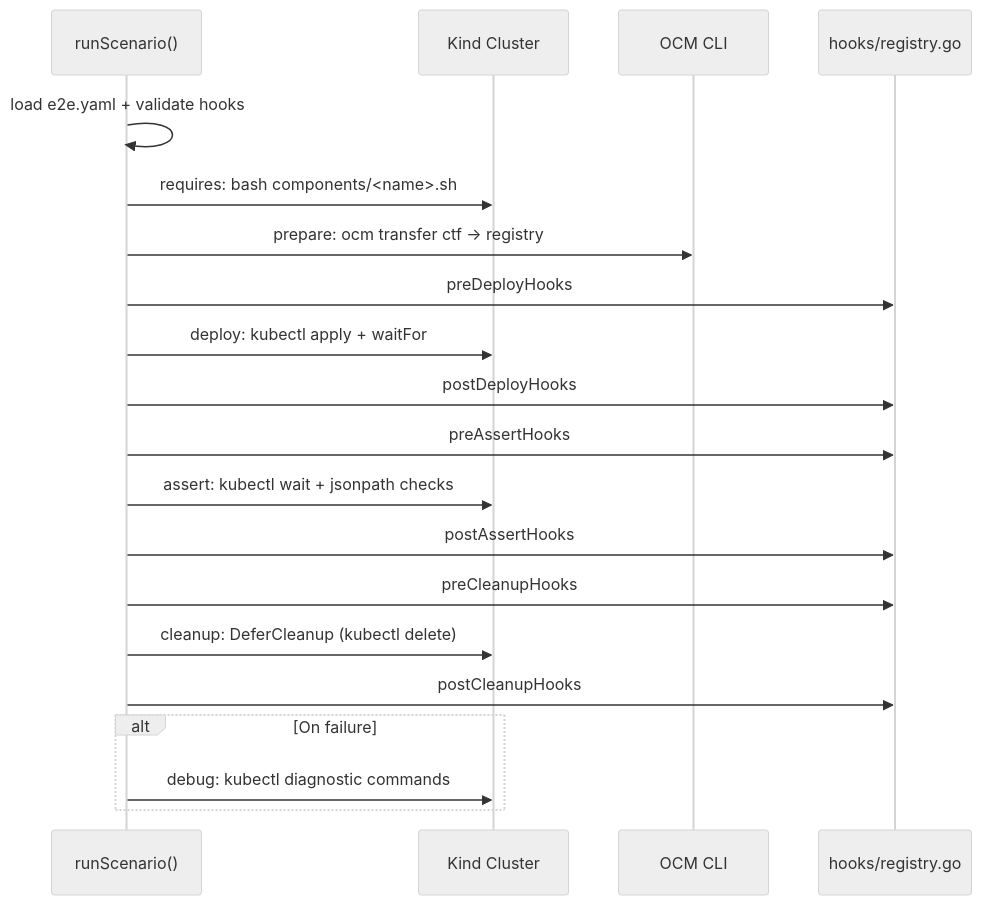
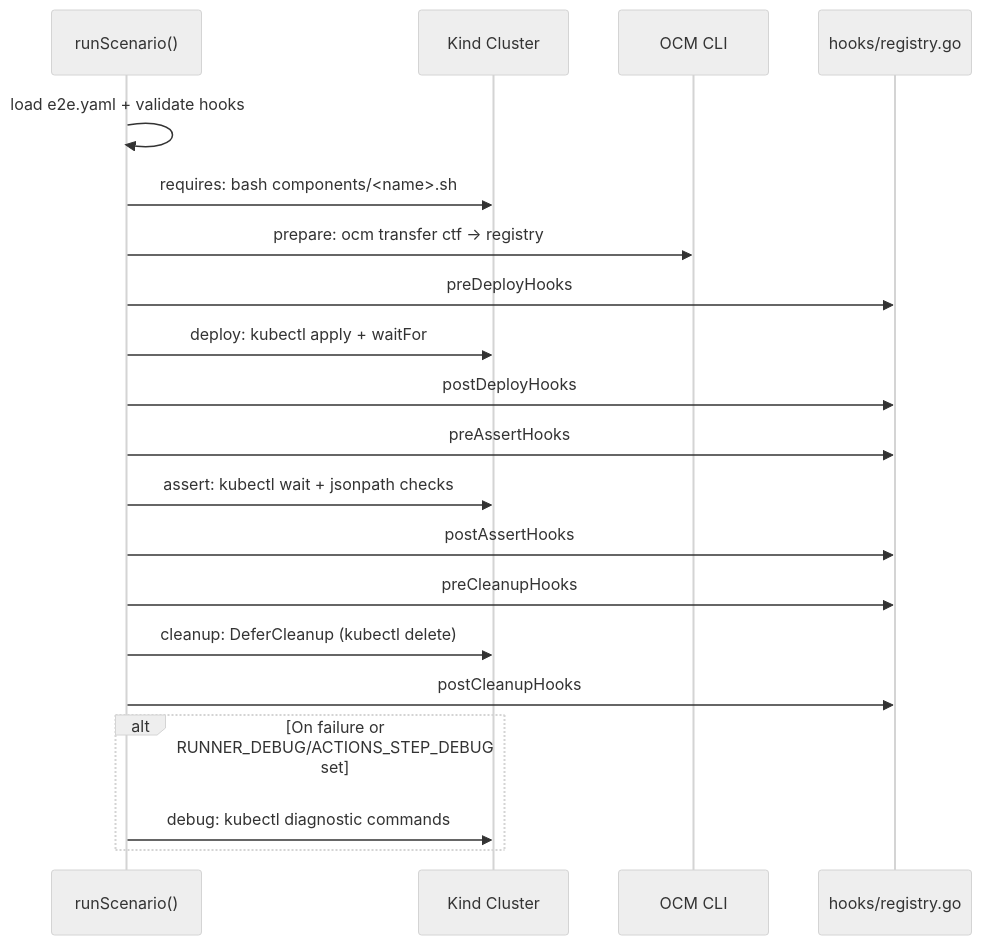
One commit to sk31337/open-component-model changed the third of 4 diagrams in kubernetes/controller/test/e2e/DESIGN.md. Above: the diagram before and after it, drawn with Mermaid (neutral theme). The commit also changed other lines of this file and 1 other file, not shown here.

Commit message:
feat(docs): update AUTHORING and DESIGN documentation to clarify debug mode diagnostics and failure handling

````diff
--- a/kubernetes/controller/test/e2e/DESIGN.md
+++ b/kubernetes/controller/test/e2e/DESIGN.md
@@ -349,23 +343,23 @@
 ```mermaid
 sequenceDiagram
     participant Runner as runScenario()
     participant Cluster as Kind Cluster
     participant OCM as OCM CLI
     participant Hooks as hooks/registry.go
 
     Runner->>Runner: load e2e.yaml + validate hooks
     Runner->>Cluster: requires: bash components/<name>.sh
     Runner->>OCM: prepare: ocm transfer ctf → registry
     Runner->>Hooks: preDeployHooks
     Runner->>Cluster: deploy: kubectl apply + waitFor
     Runner->>Hooks: postDeployHooks
     Runner->>Hooks: preAssertHooks
     Runner->>Cluster: assert: kubectl wait + jsonpath checks
     Runner->>Hooks: postAssertHooks
     Runner->>Hooks: preCleanupHooks
     Runner->>Cluster: cleanup: DeferCleanup (kubectl delete)
     Runner->>Hooks: postCleanupHooks
-    alt On failure
+    alt On failure or RUNNER_DEBUG/ACTIONS_STEP_DEBUG set
         Runner->>Cluster: debug: kubectl diagnostic commands
     end
 ```
````
